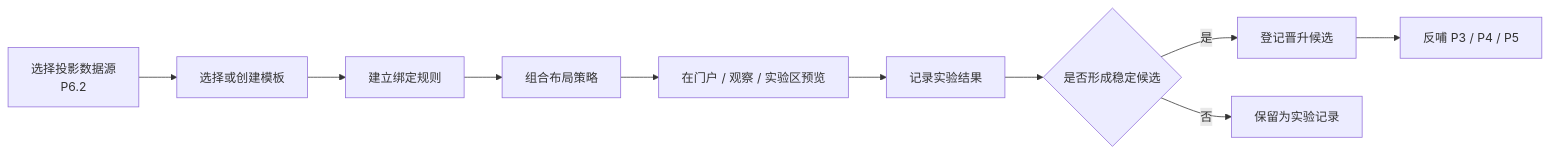
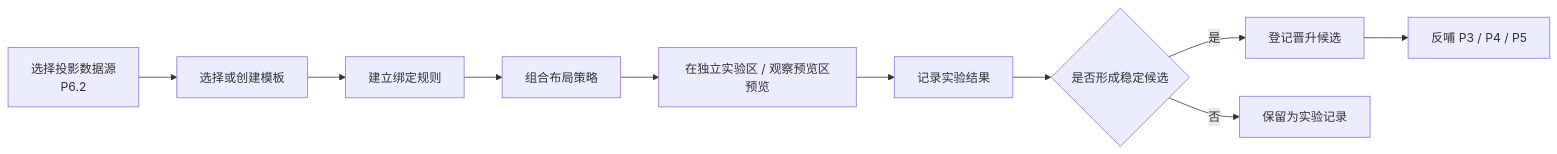
Before and after one commit to wgwtest/CodeFactoryV2: the first of 4 diagrams in DOC/CODEX_DOC/02_设计说明/P6_门户与平台入口/P6.4-前端展示工具化实验场设计.md, drawn with Mermaid. The commit also changed other lines of this file and 94 other files, not shown here.

````diff
--- a/DOC/CODEX_DOC/02_设计说明/P6_门户与平台入口/P6.4-前端展示工具化实验场设计.md
+++ b/DOC/CODEX_DOC/02_设计说明/P6_门户与平台入口/P6.4-前端展示工具化实验场设计.md
@@ -106,12 +107,12 @@
 ```mermaid
 flowchart LR
     A["选择投影数据源<br/>P6.2"] --> B["选择或创建模板"]
     B --> C["建立绑定规则"]
     C --> D["组合布局策略"]
-    D --> E["在门户 / 观察 / 实验区预览"]
+    D --> E["在独立实验区 / 观察预览区预览"]
     E --> F["记录实验结果"]
     F --> G{"是否形成稳定候选"}
     G -->|"是"| H["登记晋升候选"]
     G -->|"否"| I["保留为实验记录"]
     H --> J["反哺 P3 / P4 / P5"]
 ```
````
